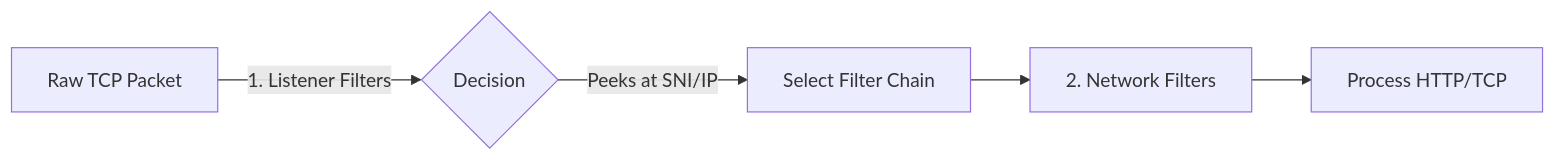
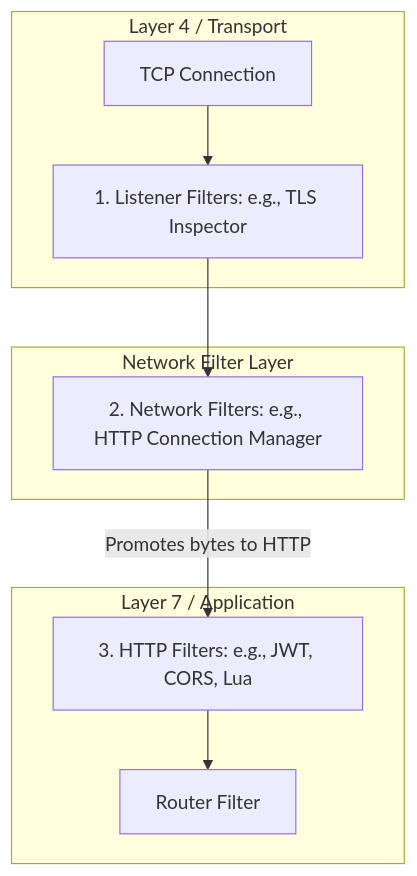
Before and after one commit to kiquetal/tetrate-course-envoy: the first of 3 diagrams in 02-listeners-filters/README.md, drawn with Mermaid. The commit also changed other lines of this file, not shown here.

Commit message:
docs: improve filter architecture diagram with OSI layers

````diff
--- a/02-listeners-filters/README.md
+++ b/02-listeners-filters/README.md
@@ -15,7 +15,21 @@
 ```mermaid
-graph LR
-    A[Raw TCP Packet] -->|1. Listener Filters| B{Decision}
-    B -->|Peeks at SNI/IP| C[Select Filter Chain]
-    C --> D[2. Network Filters]
-    D --> E[Process HTTP/TCP]
+graph TD
+    subgraph OSI_L4 [Layer 4 / Transport]
+        A[TCP Connection]
+        B[1. Listener Filters: e.g., TLS Inspector]
+    end
+
+    subgraph Envoy_Bridge [Network Filter Layer]
+        C[2. Network Filters: e.g., HTTP Connection Manager]
+    end
+
+    subgraph OSI_L7 [Layer 7 / Application]
+        D[3. HTTP Filters: e.g., JWT, CORS, Lua]
+        E[Router Filter]
+    end
+
+    A --> B
+    B --> C
+    C -->|Promotes bytes to HTTP| D
+    D --> E
 ```
````
